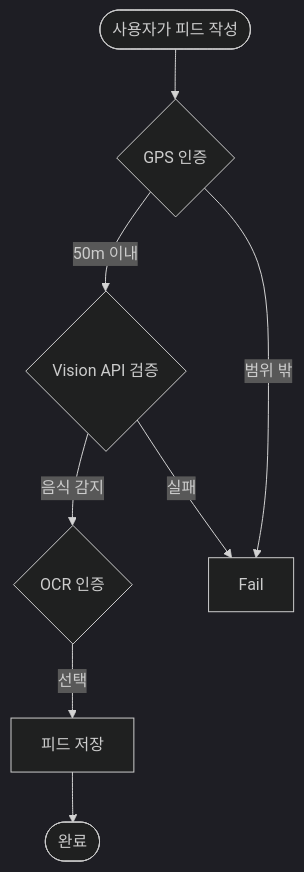
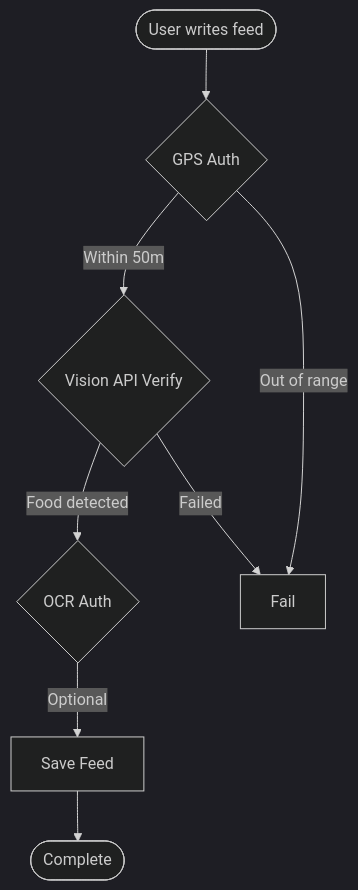
The third of 3 diagrams in .claude/commands/vibe.diagram.md (su-record/vibe), drawn with Mermaid (dark theme) before and after one commit. The commit also changed other lines of this file and 12 other files, not shown here.

````diff
--- a/.claude/commands/vibe.diagram.md
+++ b/.claude/commands/vibe.diagram.md
@@ -85,16 +85,16 @@
 ```mermaid
 flowchart TD
-    Start([사용자가 피드 작성])
-    GPS{GPS 인증}
-    Vision{Vision API 검증}
-    OCR{OCR 인증}
-    Save[피드 저장]
+    Start([User writes feed])
+    GPS{GPS Auth}
+    Vision{Vision API Verify}
+    OCR{OCR Auth}
+    Save[Save Feed]
 
     Start --> GPS
-    GPS -->|50m 이내| Vision
-    GPS -->|범위 밖| Fail
-    Vision -->|음식 감지| OCR
-    Vision -->|실패| Fail
-    OCR -->|선택| Save
-    Save --> End([완료])
+    GPS -->|Within 50m| Vision
+    GPS -->|Out of range| Fail
+    Vision -->|Food detected| OCR
+    Vision -->|Failed| Fail
+    OCR -->|Optional| Save
+    Save --> End([Complete])
 ```
````
